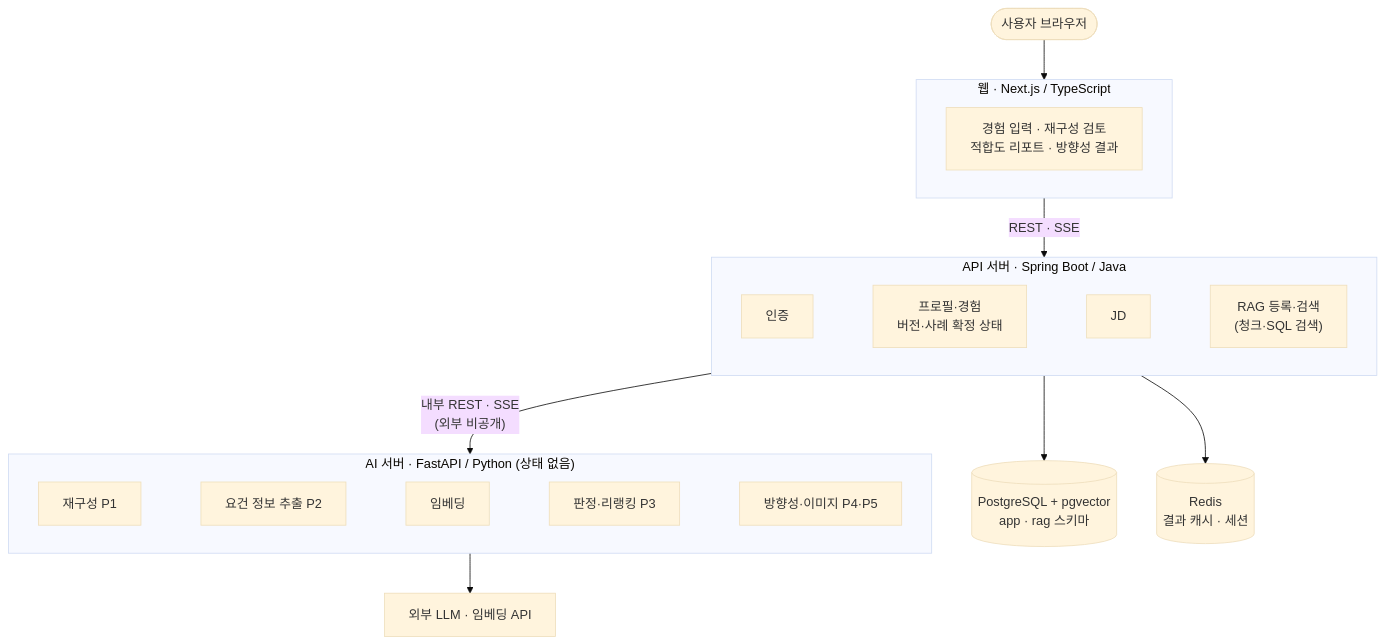
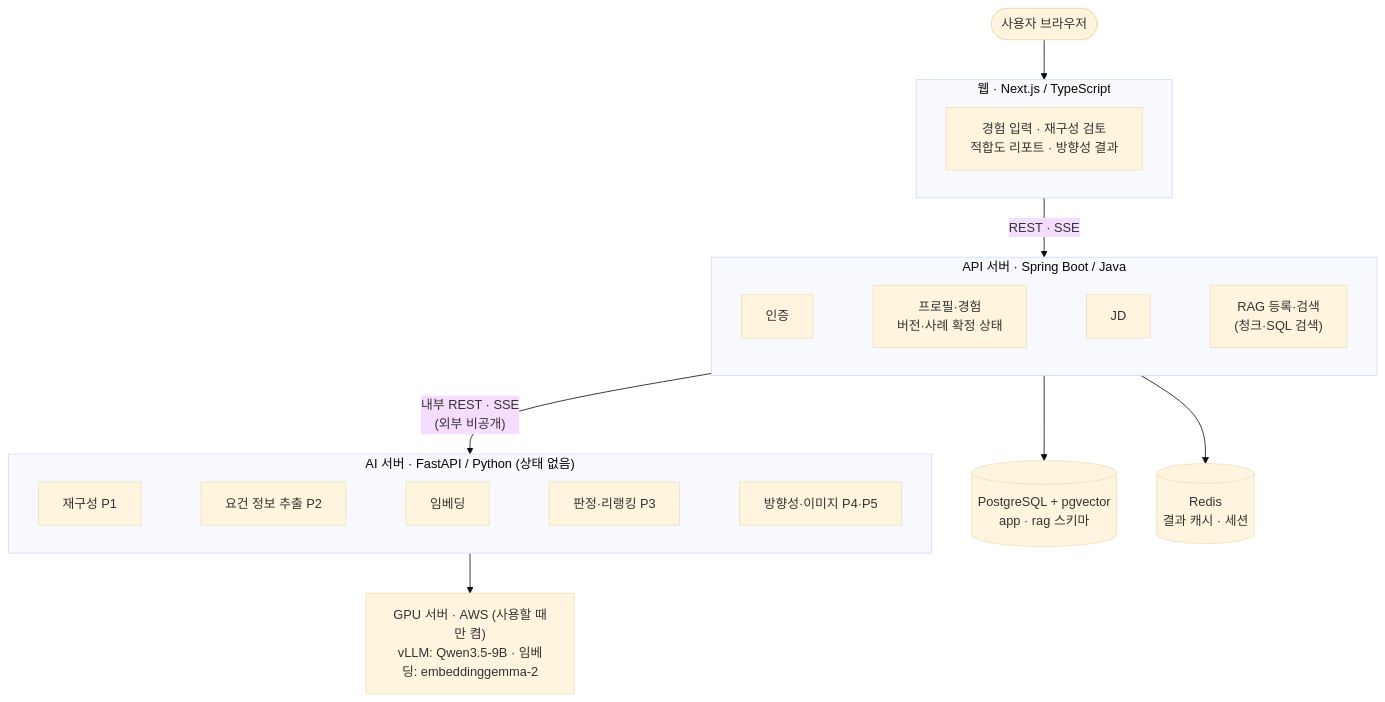
The second of 3 diagrams in 기획서.md (nerd-nam/SPEC-nerdnam), drawn with Mermaid (base theme) before and after one commit. The commit also changed other lines of this file and 3 other files, not shown here.

````diff
--- a/기획서.md
+++ b/기획서.md
@@ -314,18 +315,18 @@
 ```mermaid
 flowchart TB
     U(["사용자 브라우저"]) --> WEB
     subgraph WEB["웹 · Next.js / TypeScript"]
         W1["경험 입력 · 재구성 검토<br/>적합도 리포트 · 방향성 결과"]
     end
     WEB -- "REST · SSE" --> API
     subgraph API["API 서버 · Spring Boot / Java"]
         A1["인증"] ~~~ A2["프로필·경험<br/>버전·사례 확정 상태"] ~~~ A3["JD"] ~~~ A4["RAG 등록·검색<br/>(청크·SQL 검색)"]
     end
     API -- "내부 REST · SSE<br/>(외부 비공개)" --> AI
     subgraph AI["AI 서버 · FastAPI / Python (상태 없음)"]
         I1["재구성 P1"] ~~~ I2["요건 정보 추출 P2"] ~~~ I3["임베딩"] ~~~ I4["판정·리랭킹 P3"] ~~~ I5["방향성·이미지 P4·P5"]
     end
     API --> PG[("PostgreSQL + pgvector<br/>app · rag 스키마")]
     API --> RD[("Redis<br/>결과 캐시 · 세션")]
-    AI --> LLM["외부 LLM · 임베딩 API"]
+    AI --> GPU["GPU 서버 · AWS (사용할 때만 켬)<br/>vLLM: Qwen3.5-9B · 임베딩: embeddinggemma-2"]
 ```
````
